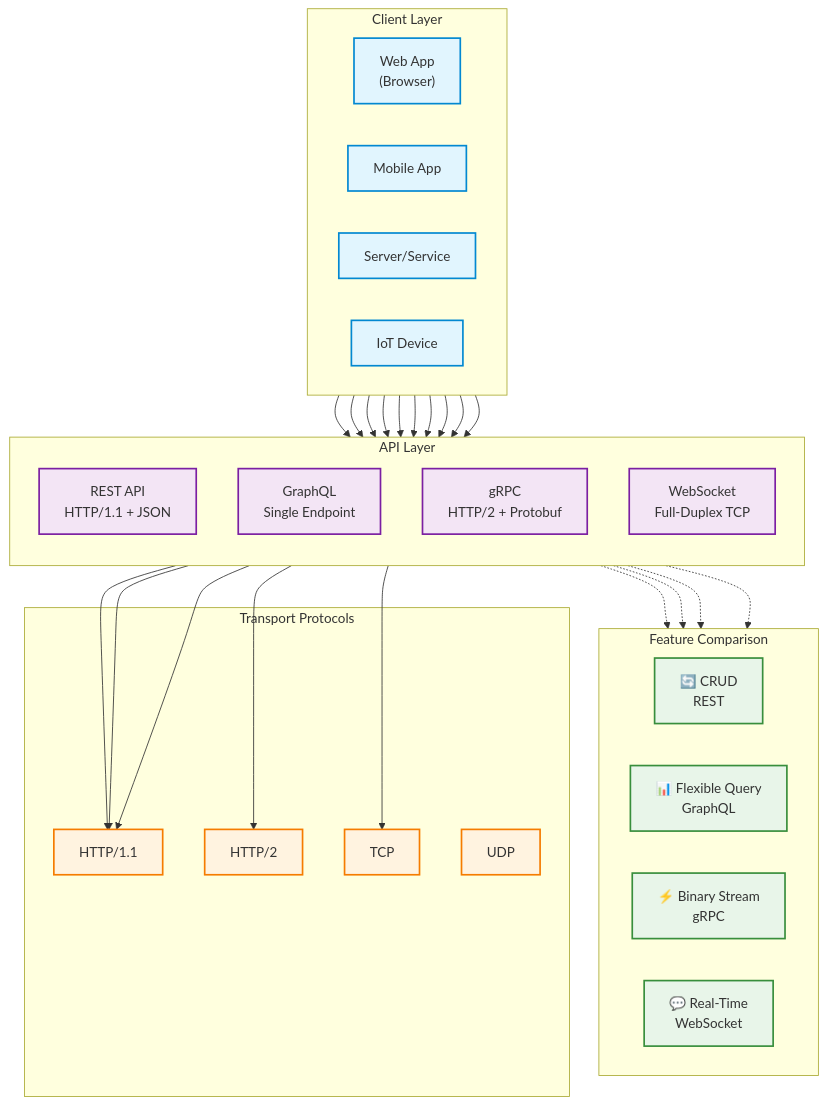
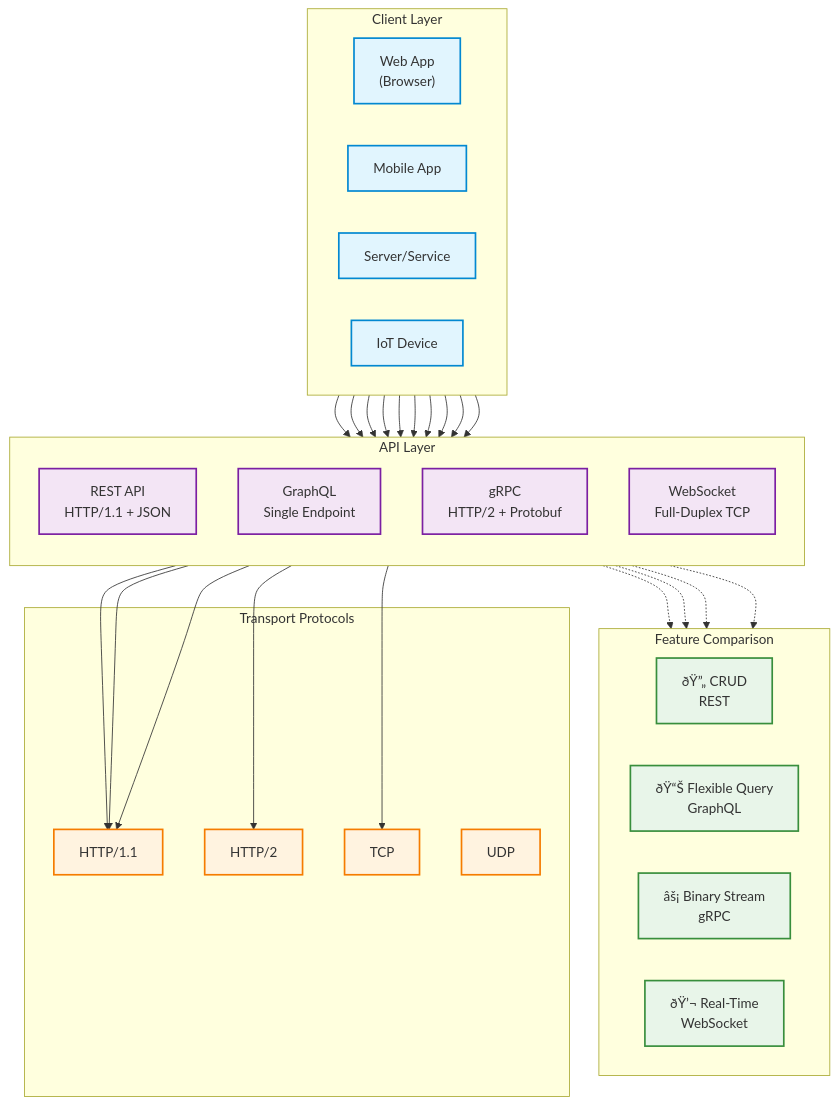
The diagram in docs/courses/computer-networks/15-web-apis.md (Raushan666java/ai-engineering-journey), drawn with Mermaid before and after one commit. The commit also changed other lines of this file and 735 other files, not shown here.

````diff
--- a/docs/courses/computer-networks/15-web-apis.md
+++ b/docs/courses/computer-networks/15-web-apis.md
@@ -1935,64 +1935,64 @@
 ```mermaid
 graph TB
   subgraph Clients["Client Layer"]
     direction LR
     WA["Web App<br/>(Browser)"]
     MA["Mobile App"]
     SR["Server/Service"]
     IO["IoT Device"]
   end
 
   subgraph API["API Layer"]
     direction TB
     REST["REST API<br/>HTTP/1.1 + JSON"]
     GQL["GraphQL<br/>Single Endpoint"]
     GRPC["gRPC<br/>HTTP/2 + Protobuf"]
     WS["WebSocket<br/>Full-Duplex TCP"]
   end
 
   subgraph Features["Feature Comparison"]
     direction LR
-    F1["🔄 CRUD<br/>REST"]
-    F2["📊 Flexible Query<br/>GraphQL"]
-    F3["⚡ Binary Stream<br/>gRPC"]
-    F4["💬 Real-Time<br/>WebSocket"]
+    F1["ðŸ”„ CRUD<br/>REST"]
+    F2["ðŸ“Š Flexible Query<br/>GraphQL"]
+    F3["âš¡ Binary Stream<br/>gRPC"]
+    F4["ðŸ’¬ Real-Time<br/>WebSocket"]
   end
 
   subgraph Transport["Transport Protocols"]
     HTTP1["HTTP/1.1"]
     HTTP2["HTTP/2"]
     TCP["TCP"]
     UDP["UDP"]
   end
 
   WA --> REST
   WA --> GQL
   WA --> WS
   MA --> REST
   MA --> GQL
   MA --> GRPC
   SR --> GRPC
   SR --> REST
   IO --> WS
   IO --> REST
 
   REST --> HTTP1
   GQL --> HTTP1
   GRPC --> HTTP2
   WS --> TCP
   WS --> HTTP1
 
   REST -.-> F1
   GQL -.-> F2
   GRPC -.-> F3
   WS -.-> F4
 
   classDef client fill:#e1f5fe,stroke:#0288d1,stroke-width:2px
   classDef api fill:#f3e5f5,stroke:#7b1fa2,stroke-width:2px
   classDef feature fill:#e8f5e9,stroke:#388e3c,stroke-width:2px
   classDef transport fill:#fff3e0,stroke:#f57c00,stroke-width:2px
   class WA,MA,SR,IO client
   class REST,GQL,GRPC,WS api
   class F1,F2,F3,F4 feature
   class HTTP1,HTTP2,TCP,UDP transport
 ```
````
